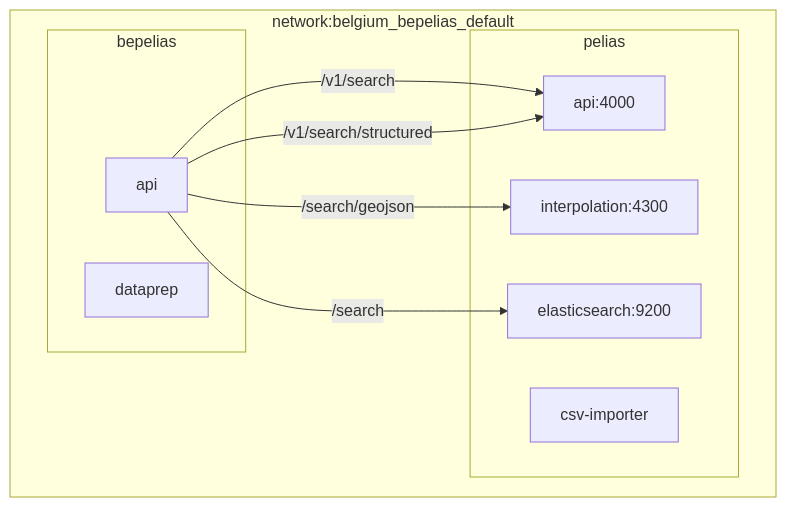
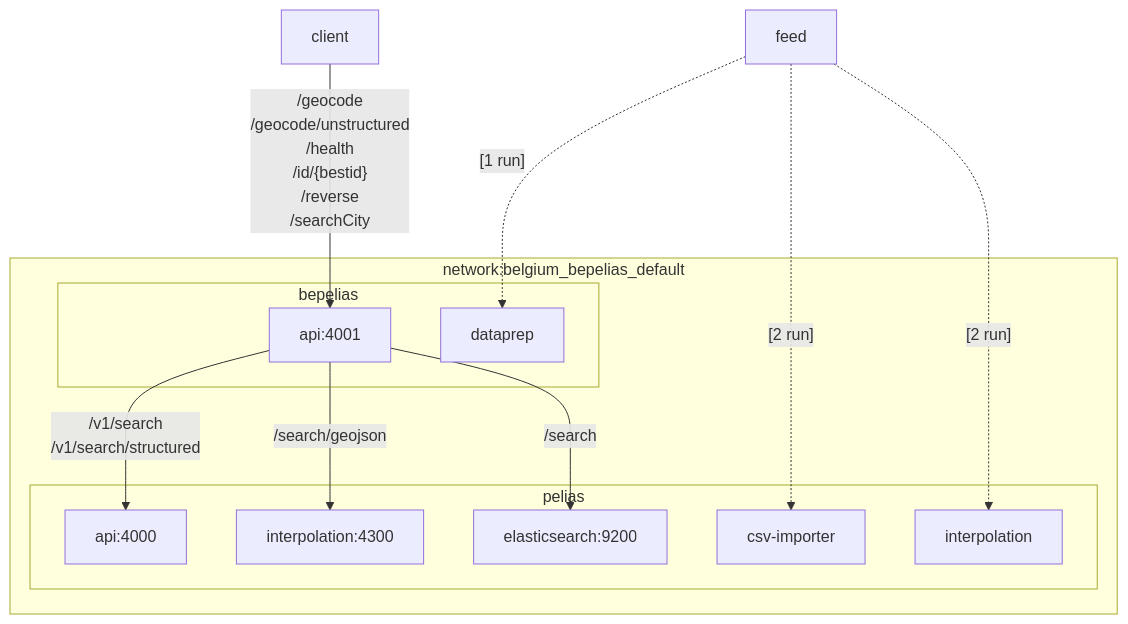
The first of 8 diagrams in README.md (SmalsResearch/bePelias), drawn with Mermaid before and after one commit. The commit also changed other lines of this file and 2 other files, not shown here.

Commit message:
Update output model for /reverse endpoint

````diff
--- a/README.md
+++ b/README.md
@@ -294,21 +294,33 @@
 ```mermaid
 
 flowchart TB
     subgraph network:belgium_bepelias_default 
         subgraph pelias
             api1[api:4000]
             interp[interpolation:4300]
             es[elasticsearch:9200]
             import[csv-importer]
+            interpolation
 
         end
         subgraph bepelias
-            api2[api]-- /v1/search-->api1
-            api2[api]-- /v1/search/structured-->api1
+            api2[api:4001]
+            api2-- /v1/search
+            /v1/search/structured-->api1
             api2-- /search/geojson-->interp
             api2-- /search -->es
             dataprep
         end
     end
+    client --/geocode
+     /geocode/unstructured
+     /health
+     /id/{bestid}
+     /reverse
+     /searchCity
+      --> api2
+      feed -. [1 run] .-> dataprep
+      feed -. [2 run] .-> import
+      feed -. [2 run] .-> interpolation
 
 ```
````
